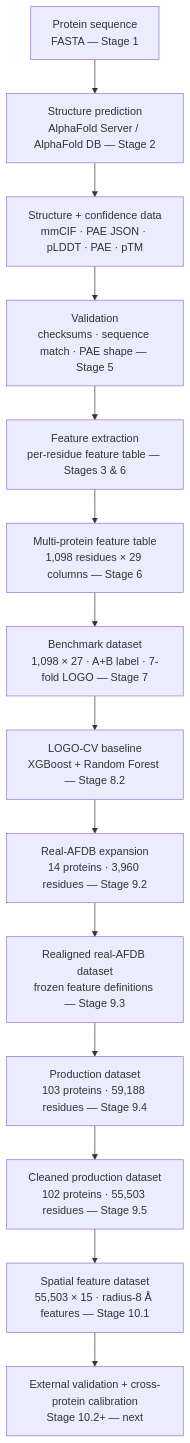
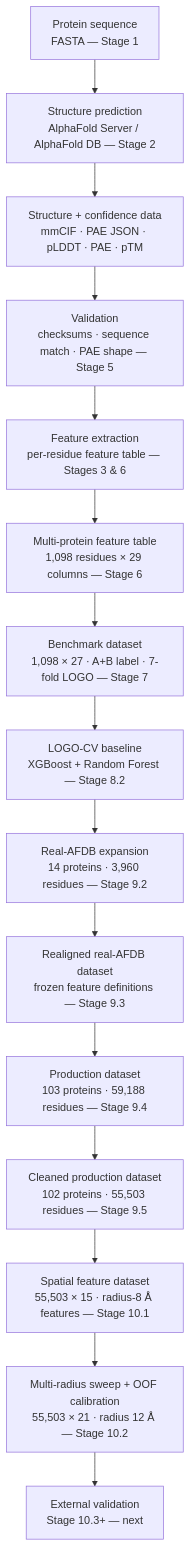
Before and after one commit to kelvinchandradjayapranata-hue/ai-biotech: the diagram in README.md, drawn with Mermaid. The commit also changed other lines of this file and 2 other files, not shown here.

First line of the commit message:
docs: record audited Stage 10.2 radius sweep and OOF calibration

````diff
--- a/README.md
+++ b/README.md
@@ -209,16 +246,17 @@
 ```mermaid
 flowchart TD
     A["Protein sequence<br/>FASTA — Stage 1"] --> B["Structure prediction<br/>AlphaFold Server / AlphaFold DB — Stage 2"]
     B --> C["Structure + confidence data<br/>mmCIF · PAE JSON · pLDDT · PAE · pTM"]
     C --> D["Validation<br/>checksums · sequence match · PAE shape — Stage 5"]
     D --> E["Feature extraction<br/>per-residue feature table — Stages 3 & 6"]
     E --> F["Multi-protein feature table<br/>1,098 residues × 29 columns — Stage 6"]
     F --> G["Benchmark dataset<br/>1,098 × 27 · A+B label · 7-fold LOGO — Stage 7"]
     G --> H["LOGO-CV baseline<br/>XGBoost + Random Forest — Stage 8.2"]
     H --> I["Real-AFDB expansion<br/>14 proteins · 3,960 residues — Stage 9.2"]
     I --> J["Realigned real-AFDB dataset<br/>frozen feature definitions — Stage 9.3"]
     J --> K["Production dataset<br/>103 proteins · 59,188 residues — Stage 9.4"]
     K --> K2["Cleaned production dataset<br/>102 proteins · 55,503 residues — Stage 9.5"]
     K2 --> K3["Spatial feature dataset<br/>55,503 × 15 · radius-8 Å features — Stage 10.1"]
-    K3 --> L["External validation + cross-protein calibration<br/>Stage 10.2+ — next"]
+    K3 --> K4["Multi-radius sweep + OOF calibration<br/>55,503 × 21 · radius 12 Å — Stage 10.2"]
+    K4 --> L["External validation<br/>Stage 10.3+ — next"]
 ```
````
